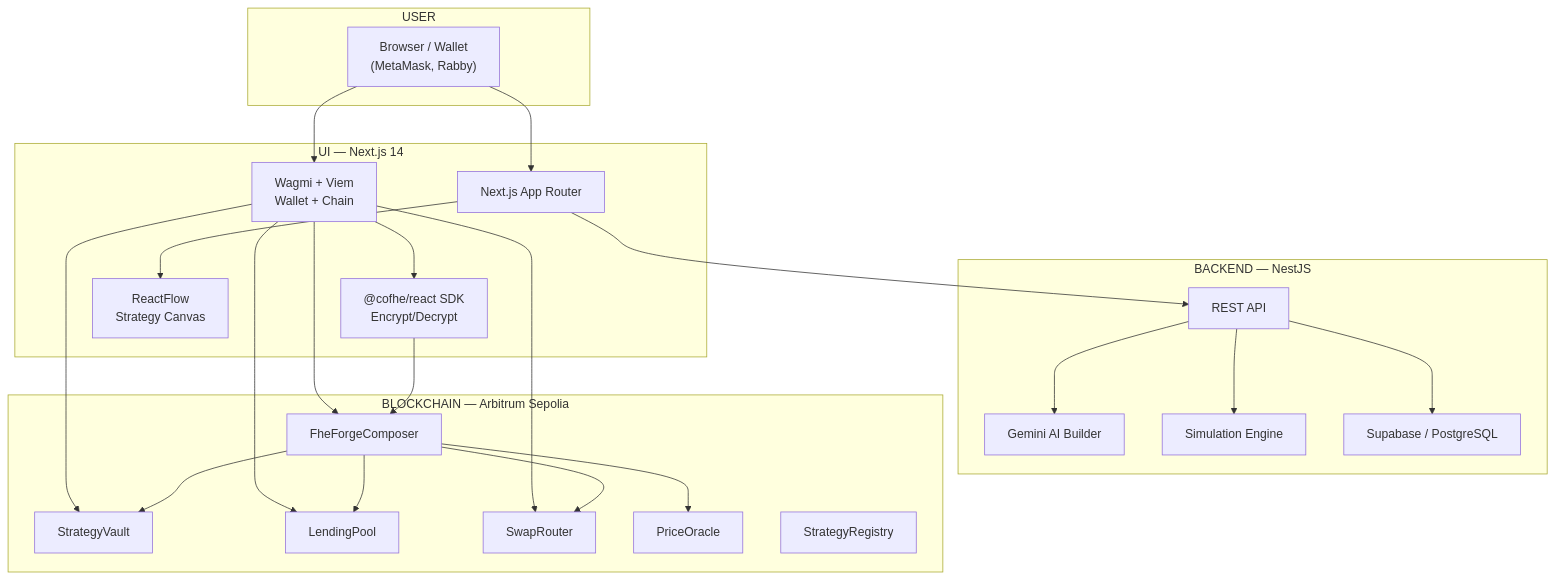
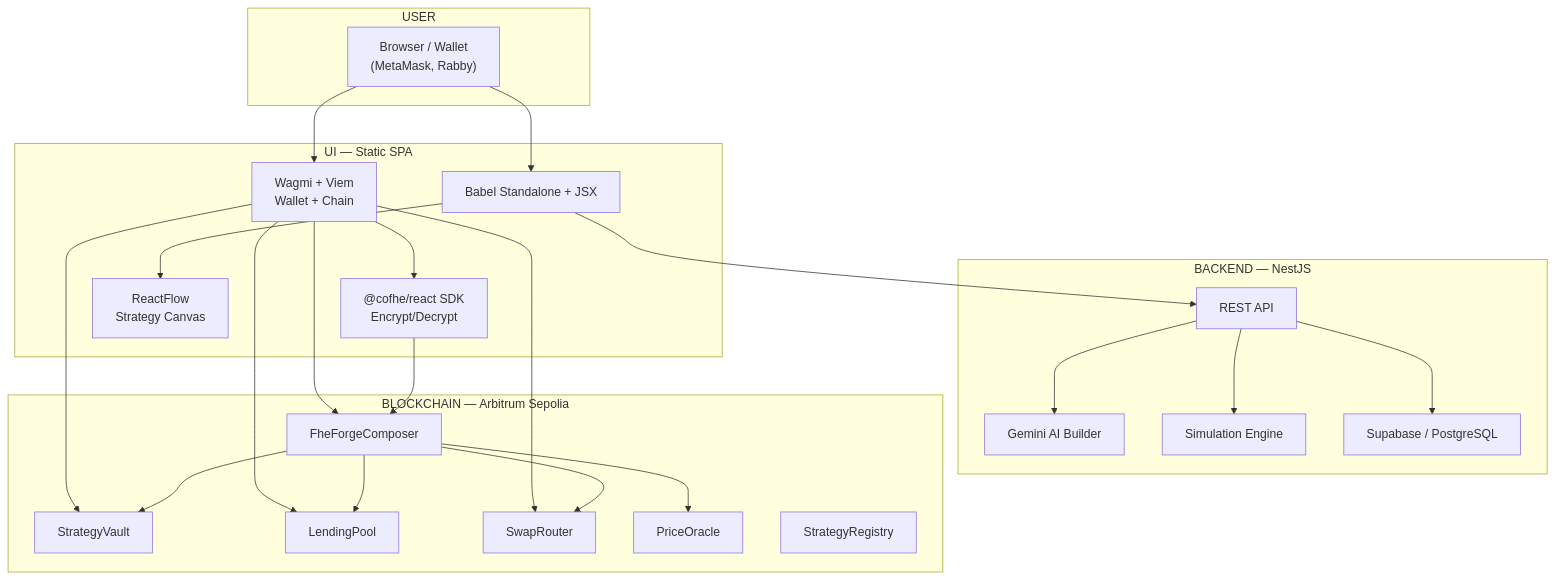
One commit to symulacr/FheForge changed the diagram in README.md. Above: the diagram before and after it, drawn with Mermaid. The commit also changed other lines of this file, not shown here.

Commit message:
docs: fix URLs, update Solidity to 0.8.34, remove duplicate contract table, fix Next.js refs

````diff
--- a/README.md
+++ b/README.md
@@ -281,47 +281,47 @@
 ```mermaid
 graph TB
     subgraph "USER"
         BROWSER["Browser / Wallet<br/>(MetaMask, Rabby)"]
     end
 
-    subgraph "UI — Next.js 14"
+    subgraph "UI — Static SPA"
         WAGMI["Wagmi + Viem<br/>Wallet + Chain"]
         COFHE["@cofhe/react SDK<br/>Encrypt/Decrypt"]
         BUILDER["ReactFlow<br/>Strategy Canvas"]
-        NEXT["Next.js App Router"]
+        SPA["Babel Standalone + JSX"]
     end
 
     subgraph "BACKEND — NestJS"
         API["REST API"]
         AI["Gemini AI Builder"]
         STRAT["Simulation Engine"]
         SUPA["Supabase / PostgreSQL"]
     end
 
     subgraph "BLOCKCHAIN — Arbitrum Sepolia"
         COMPOSER["FheForgeComposer"]
         VAULT["StrategyVault"]
         LENDING["LendingPool"]
         SWAP["SwapRouter"]
         ORACLE["PriceOracle"]
         REG["StrategyRegistry"]
     end
 
-    BROWSER --> NEXT
+    BROWSER --> SPA
     BROWSER --> WAGMI
     WAGMI --> COFHE
-    NEXT --> BUILDER
-    NEXT --> API
+    SPA --> BUILDER
+    SPA --> API
     API --> AI
     API --> STRAT
     API --> SUPA
     WAGMI --> COMPOSER
     WAGMI --> VAULT
     WAGMI --> LENDING
     WAGMI --> SWAP
     COFHE --> COMPOSER
     COMPOSER --> VAULT
     COMPOSER --> LENDING
     COMPOSER --> SWAP
     COMPOSER --> ORACLE
 ```
````
